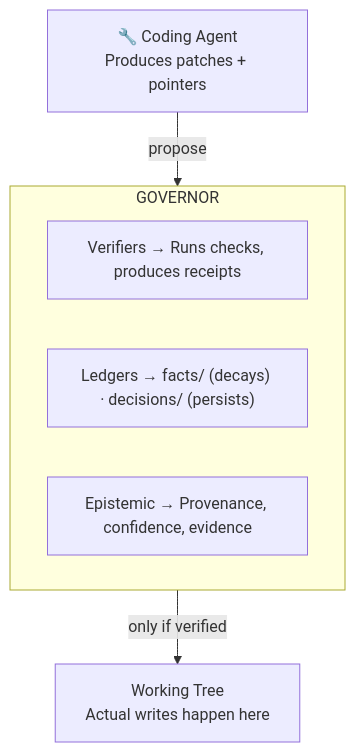
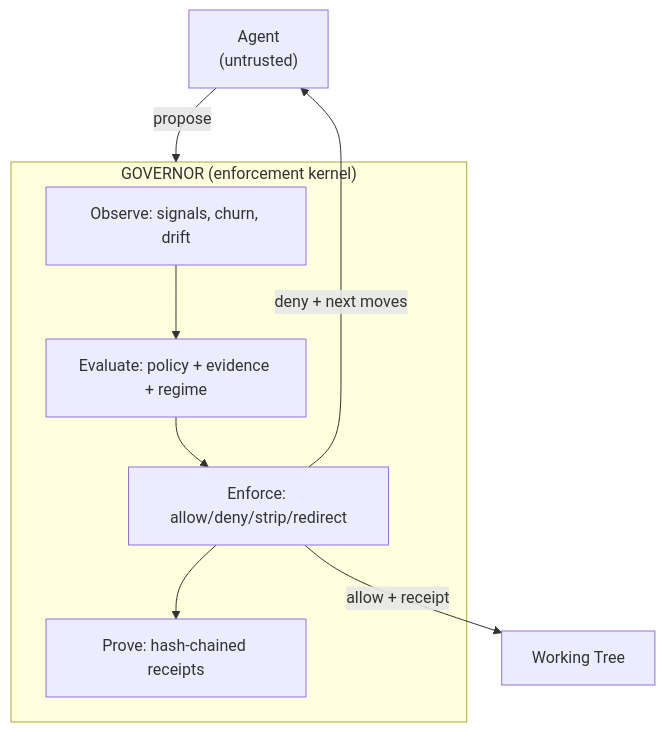
Before and after one commit to unpingable/agent_governor: the diagram in README.md, drawn with Mermaid. The commit also changed other lines of this file and 1 other file, not shown here.

First line of the commit message:
Rewrite README for enforcement-first positioning + add ethical hardening spec

````diff
--- a/README.md
+++ b/README.md
@@ -101,13 +157,16 @@
 ```mermaid
 graph TD
-    A["🔧 Coding Agent\nProduces patches + pointers"]
+    A["Agent\n(untrusted)"]
     A -->|propose| B
 
-    subgraph B ["GOVERNOR"]
-        B1["Verifiers → Runs checks, produces receipts"]
-        B2["Ledgers → facts/ (decays) · decisions/ (persists)"]
-        B3["Epistemic → Provenance, confidence, evidence"]
+    subgraph B ["GOVERNOR (enforcement kernel)"]
+        B1["Observe: signals, churn, drift"]
+        B2["Evaluate: policy + evidence + regime"]
+        B3["Enforce: allow/deny/strip/redirect"]
+        B4["Prove: hash-chained receipts"]
+        B1 --> B2 --> B3 --> B4
     end
 
-    B -->|only if verified| C["Working Tree\nActual writes happen here"]
+    B3 -->|allow + receipt| C["Working Tree"]
+    B3 -->|deny + next moves| A
 ```
````
